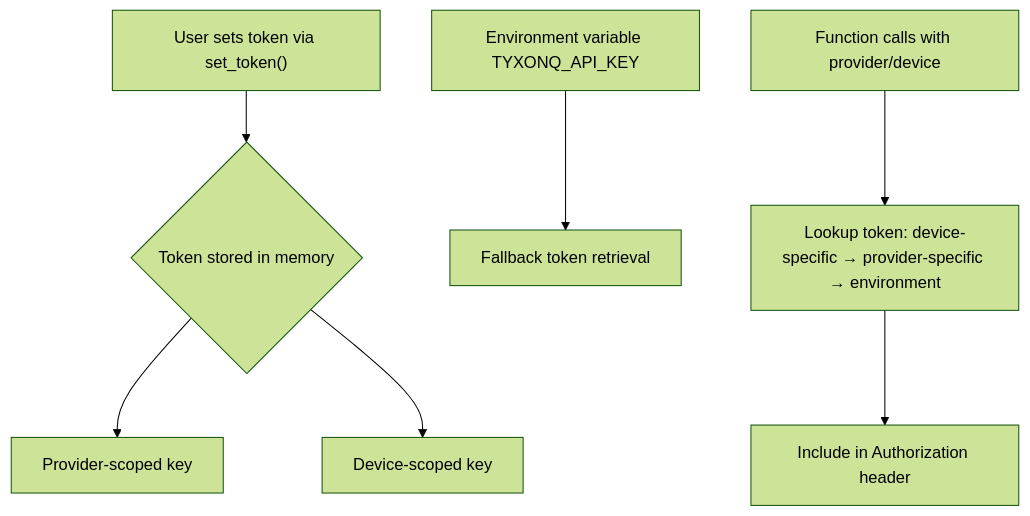
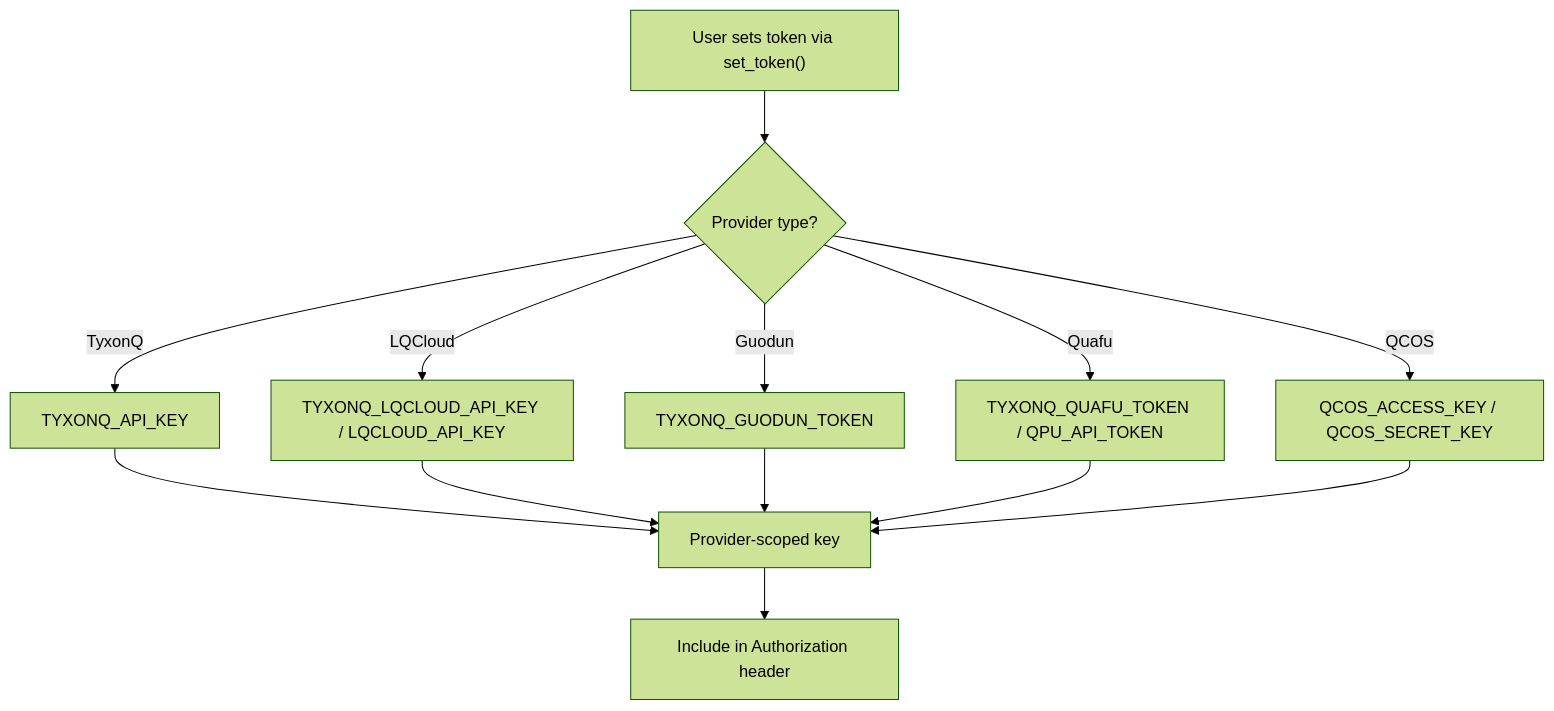
Before and after one commit to QureGenAI-Biotech/TyxonQ: the first of 8 diagrams in .qoder/repowiki/en/content/API Reference/Devices API/Hardware Drivers/Hardware Drivers.md, drawn with Mermaid (forest theme). The commit also changed other lines of this file and 516 other files, not shown here.

````diff
--- a/.qoder/repowiki/en/content/API Reference/Devices API/Hardware Drivers/Hardware Drivers.md
+++ b/.qoder/repowiki/en/content/API Reference/Devices API/Hardware Drivers/Hardware Drivers.md
@@ -35,9 +50,15 @@
 ```mermaid
 flowchart TD
-A["User sets token via set_token()"] --> B{Token stored in memory}
-B --> C["Provider-scoped key"]
-B --> D["Device-scoped key"]
-E["Environment variable TYXONQ_API_KEY"] --> F["Fallback token retrieval"]
-G["Function calls with provider/device"] --> H["Lookup token: device-specific → provider-specific → environment"]
+A["User sets token via set_token()"] --> B{Provider type?}
+B --> |TyxonQ| C["TYXONQ_API_KEY"]
+B --> |LQCloud| D["TYXONQ_LQCLOUD_API_KEY / LQCLOUD_API_KEY"]
+B --> |Guodun| E["TYXONQ_GUODUN_TOKEN"]
+B --> |Quafu| F["TYXONQ_QUAFU_TOKEN / QPU_API_TOKEN"]
+B --> |QCOS| G["QCOS_ACCESS_KEY / QCOS_SECRET_KEY"]
+C --> H["Provider-scoped key"]
+D --> H
+E --> H
+F --> H
+G --> H
 H --> I["Include in Authorization header"]
 ```
````
